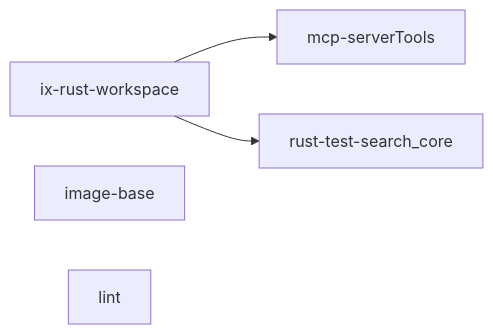
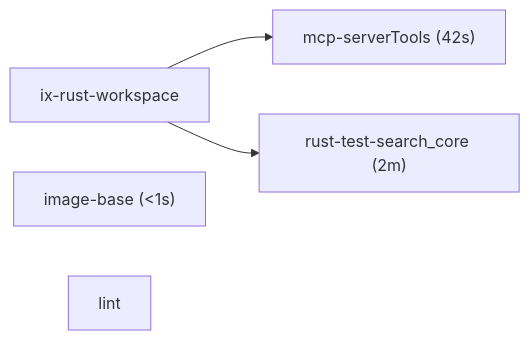
The second of 2 diagrams in tools/blast-radius-fixtures/good.expected.md (Paramount50/ix-index), drawn with Mermaid before and after one commit. The commit also changed other lines of this file and 7 other files, not shown here.

````diff
--- a/tools/blast-radius-fixtures/good.expected.md
+++ b/tools/blast-radius-fixtures/good.expected.md
@@ -16,8 +16,8 @@
 ```mermaid
 flowchart LR
   c0["ix-rust-workspace"]
-  c1["image-base"]
+  c1["image-base (<1s)"]
   c2["lint"]
-  c0 --> k2["mcp-serverTools"]
-  c0 --> k3["rust-test-search_core"]
+  c0 --> k2["mcp-serverTools (42s)"]
+  c0 --> k3["rust-test-search_core (2m)"]
 ```
````
